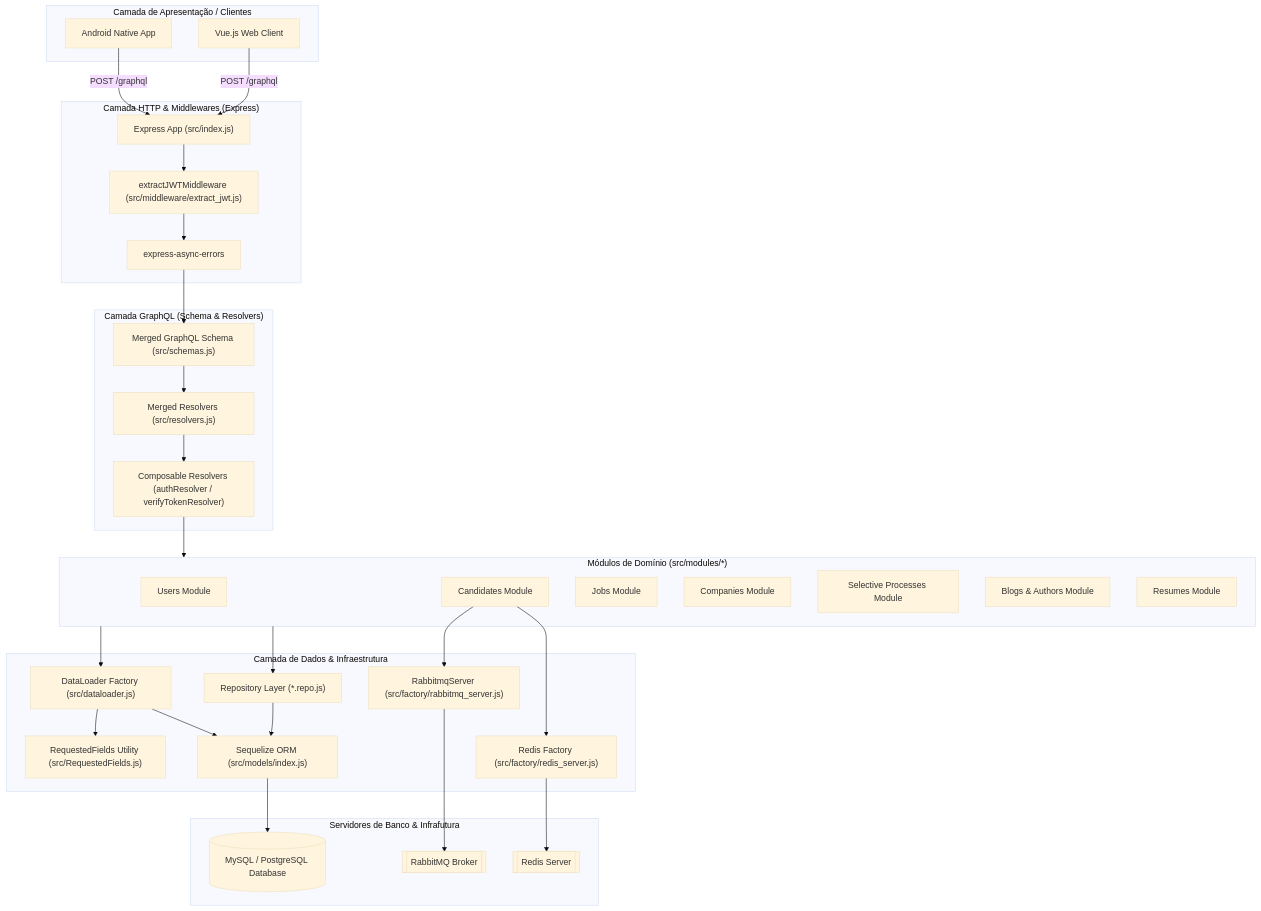
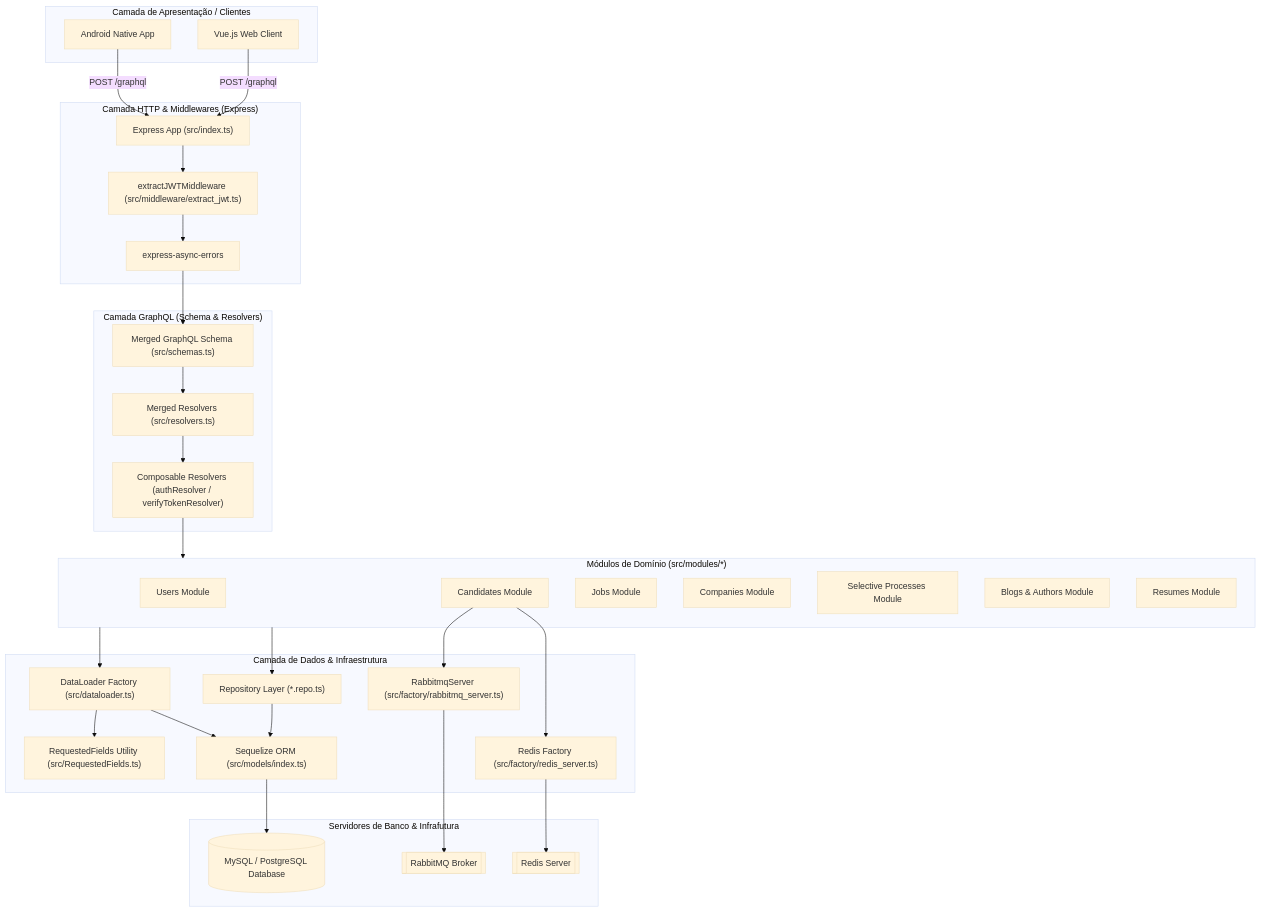
Before and after one commit to workix/graphql: the second of 4 diagrams in SPECIFICATION.md, drawn with Mermaid (base theme). The commit also changed other lines of this file, not shown here.

````diff
--- a/SPECIFICATION.md
+++ b/SPECIFICATION.md
@@ -112,67 +117,67 @@
 ```mermaid
 flowchart TB
     subgraph ClientLayer ["Camada de Apresentação / Clientes"]
         VUE["Vue.js Web Client"]
         AND["Android Native App"]
     end
 
     subgraph HTTP_Layer ["Camada HTTP & Middlewares (Express)"]
-        EXP["Express App (src/index.js)"]
-        JWT_MD["extractJWTMiddleware (src/middleware/extract_jwt.js)"]
+        EXP["Express App (src/index.ts)"]
+        JWT_MD["extractJWTMiddleware (src/middleware/extract_jwt.ts)"]
         ASYNC_ERR["express-async-errors"]
     end
 
     subgraph GraphQL_Layer ["Camada GraphQL (Schema & Resolvers)"]
-        SCHEMA["Merged GraphQL Schema (src/schemas.js)"]
-        RESOLVERS["Merged Resolvers (src/resolvers.js)"]
+        SCHEMA["Merged GraphQL Schema (src/schemas.ts)"]
+        RESOLVERS["Merged Resolvers (src/resolvers.ts)"]
         COMPOSABLE["Composable Resolvers (authResolver / verifyTokenResolver)"]
     end
 
     subgraph Domain_Modules ["Módulos de Domínio (src/modules/*)"]
         MOD_USER["Users Module"]
         MOD_CAND["Candidates Module"]
         MOD_JOB["Jobs Module"]
         MOD_COMP["Companies Module"]
         MOD_SP["Selective Processes Module"]
         MOD_BLOG["Blogs & Authors Module"]
         MOD_RESUME["Resumes Module"]
     end
 
     subgraph Data_Access ["Camada de Dados & Infraestrutura"]
-        REPO["Repository Layer (*.repo.js)"]
-        DL["DataLoader Factory (src/dataloader.js)"]
-        FIELDS["RequestedFields Utility (src/RequestedFields.js)"]
-        RMQ["RabbitmqServer (src/factory/rabbitmq_server.js)"]
-        REDIS_F["Redis Factory (src/factory/redis_server.js)"]
-        SEQ["Sequelize ORM (src/models/index.js)"]
+        REPO["Repository Layer (*.repo.ts)"]
+        DL["DataLoader Factory (src/dataloader.ts)"]
+        FIELDS["RequestedFields Utility (src/RequestedFields.ts)"]
+        RMQ["RabbitmqServer (src/factory/rabbitmq_server.ts)"]
+        REDIS_F["Redis Factory (src/factory/redis_server.ts)"]
+        SEQ["Sequelize ORM (src/models/index.ts)"]
     end
 
     subgraph Infrastructure ["Servidores de Banco & Infrafutura"]
         MYSQL[(MySQL / PostgreSQL Database)]
         RABBIT_BROKER[["RabbitMQ Broker"]]
         REDIS_SRV[["Redis Server"]]
     end
 
     VUE -->|POST /graphql| EXP
     AND -->|POST /graphql| EXP
     EXP --> JWT_MD
     JWT_MD --> ASYNC_ERR
     ASYNC_ERR --> SCHEMA
     SCHEMA --> RESOLVERS
     RESOLVERS --> COMPOSABLE
     COMPOSABLE --> Domain_Modules
 
     Domain_Modules --> REPO
     Domain_Modules --> DL
     DL --> FIELDS
 
     REPO --> SEQ
     DL --> SEQ
     SEQ --> MYSQL
 
     MOD_CAND --> REDIS_F
     REDIS_F --> REDIS_SRV
 
     MOD_CAND --> RMQ
     RMQ --> RABBIT_BROKER
 ```
````
